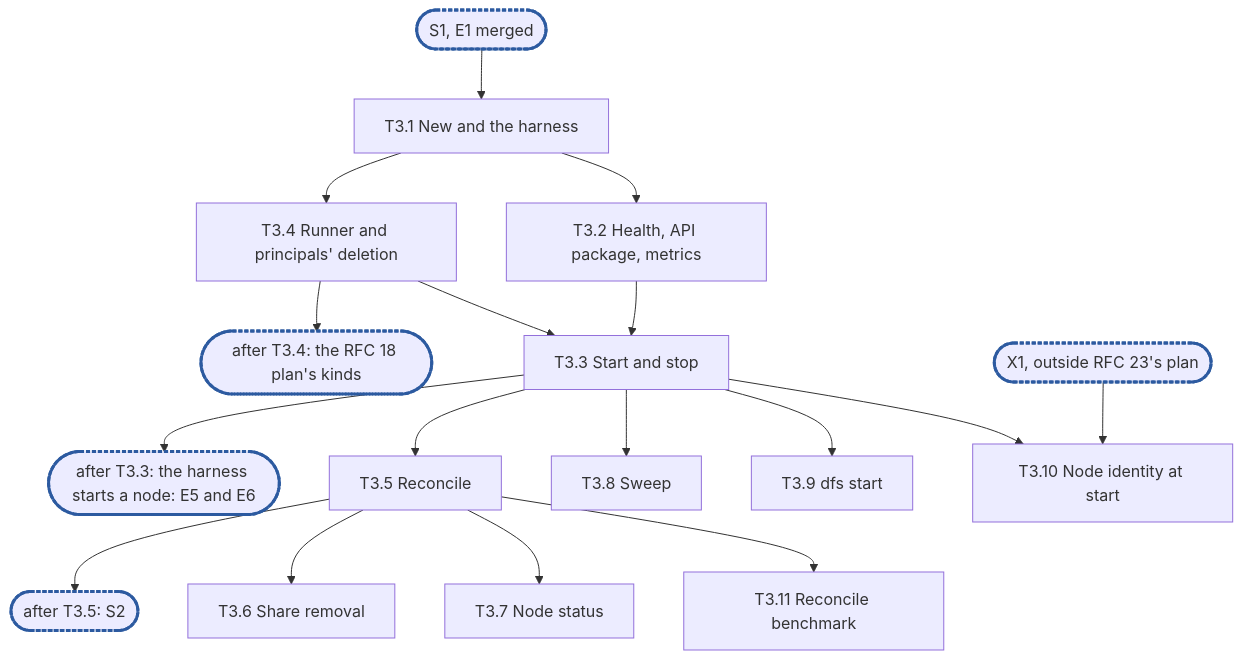
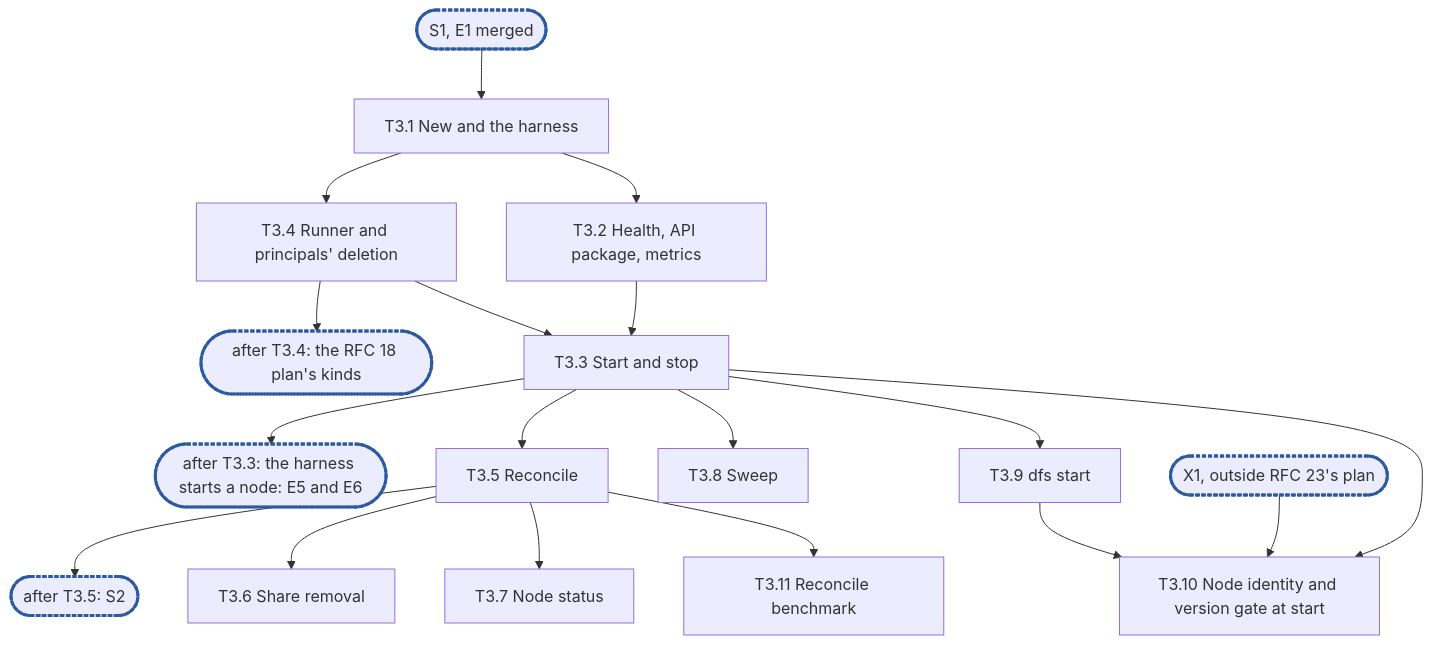
Before and after one commit to cubbit/dittofs: the diagram in .planning/rfc-23-control-plane-epic3.md, drawn with Mermaid. The commit also changed other lines of this file and 4 other files, not shown here.

First line of the commit message:
docs(planning): break down RFC 13 epic 2, bootstrap, node identity and versions (#4518)

````diff
--- a/.planning/rfc-23-control-plane-epic3.md
+++ b/.planning/rfc-23-control-plane-epic3.md
@@ -783,19 +793,19 @@
 ```mermaid
 flowchart TD
   S1(["S1, E1 merged"]):::sync --> T3_1["T3.1 New and the harness"]
   T3_1 --> T3_4["T3.4 Runner and principals' deletion"]
   T3_4 --> C2(["after T3.4: the RFC 18 plan's kinds"]):::sync
   T3_1 --> T3_2["T3.2 Health, API package, metrics"]
   T3_2 & T3_4 --> T3_3["T3.3 Start and stop"]
   T3_3 --> C1(["after T3.3: the harness starts a node: E5 and E6"]):::sync
   T3_3 --> T3_5["T3.5 Reconcile"]
   T3_5 --> C3(["after T3.5: S2"]):::sync
   T3_5 --> T3_6["T3.6 Share removal"]
   T3_5 --> T3_7["T3.7 Node status"]
   T3_3 --> T3_8["T3.8 Sweep"]
   T3_3 --> T3_9["T3.9 dfs start"]
-  T3_3 --> T3_10["T3.10 Node identity at start"]
+  T3_3 & T3_9 --> T3_10["T3.10 Node identity and version gate at start"]
   X1(["X1, outside RFC 23's plan"]):::sync --> T3_10
   T3_5 --> T3_11["T3.11 Reconcile benchmark"]
   classDef sync stroke:#2c5aa0,stroke-width:3px,stroke-dasharray:4 2
 ```
````
